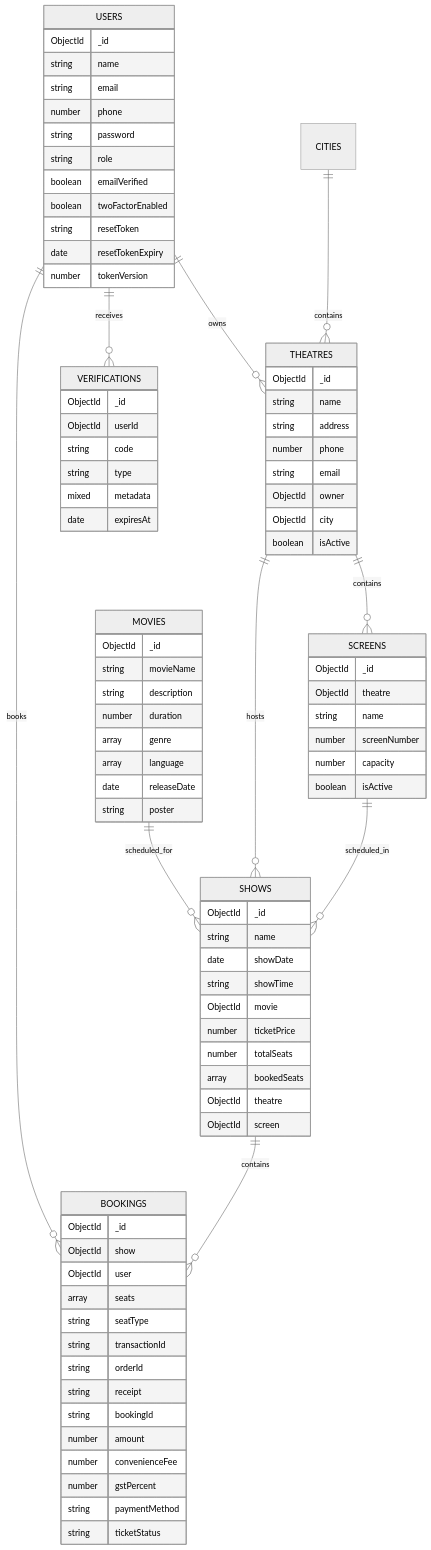
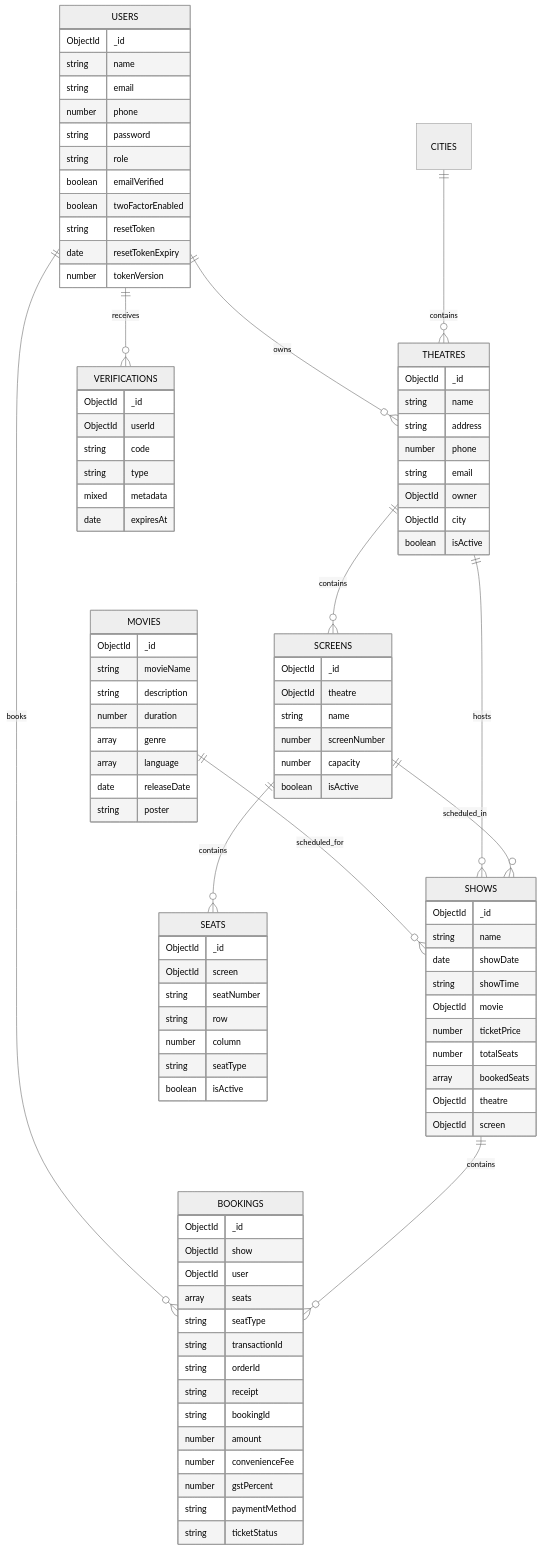
The seventh of 10 diagrams in docs/PROJECT_DOCUMENTATION.md (Shravan-509/BookMyShow), drawn with Mermaid (neutral theme) before and after one commit. The commit also changed other lines of this file and 31 other files, not shown here.

```diff
--- a/docs/PROJECT_DOCUMENTATION.md
+++ b/docs/PROJECT_DOCUMENTATION.md
@@ -528,6 +549,7 @@
     THEATRES ||--o{ SHOWS : hosts
     THEATRES ||--o{ SCREENS : contains
     SCREENS ||--o{ SHOWS : scheduled_in
+    SCREENS ||--o{ SEATS : contains
 
     SHOWS ||--o{ BOOKINGS : contains
 
@@ -576,6 +598,16 @@
         boolean isActive
     }
 
+    SEATS {
+        ObjectId _id
+        ObjectId screen
+        string seatNumber
+        string row
+        number column
+        string seatType
+        boolean isActive
+    }
+
     SHOWS {
         ObjectId _id
         string name
```
